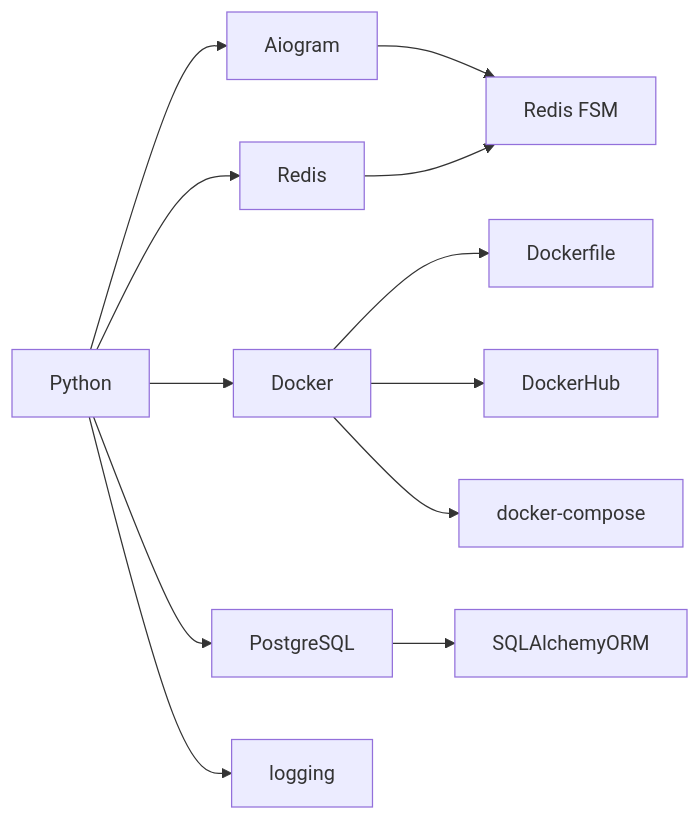
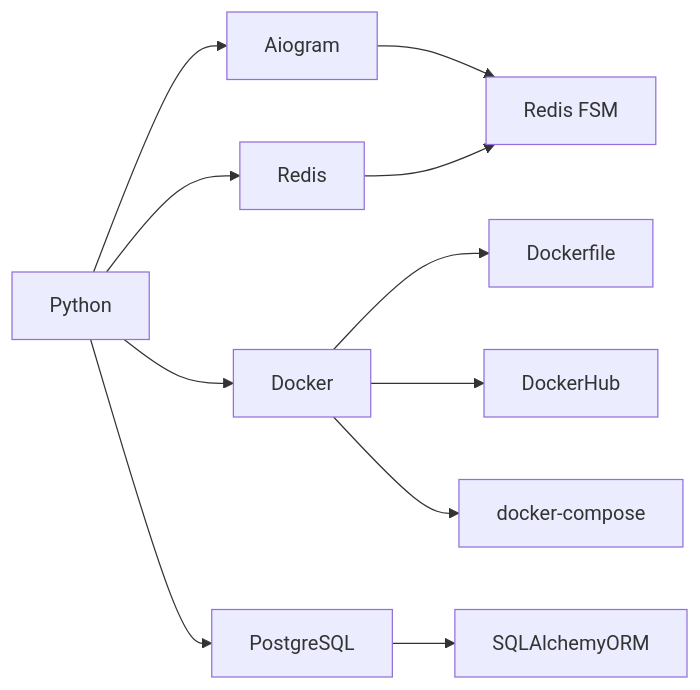
The diagram in diagram.mmd (nihosprop/nihosprop), drawn with Mermaid before and after one commit. The commit also changed 3 other files, not shown here.

Commit message:
refactor(diagram): update

```diff
--- a/diagram.mmd
+++ b/diagram.mmd
@@ -1,12 +1,11 @@
 graph LR
     A[Python] --> B[Aiogram]
     B --> BA[Redis FSM]
     C --> BA[Redis FSM]
     A --> C[Redis]
     A --> D[Docker]
     D --> AD[Dockerfile]
     D --> ADA[DockerHub]
     D --> DB[docker-compose]
     A --> E[PostgreSQL]
     E --> AB[SQLAlchemyORM]
-    A --> F[logging]
```
